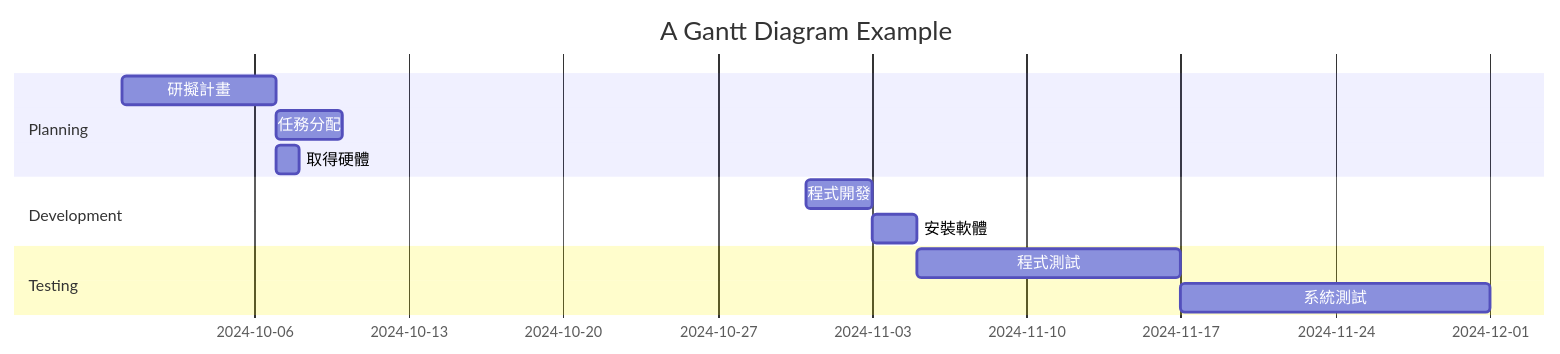
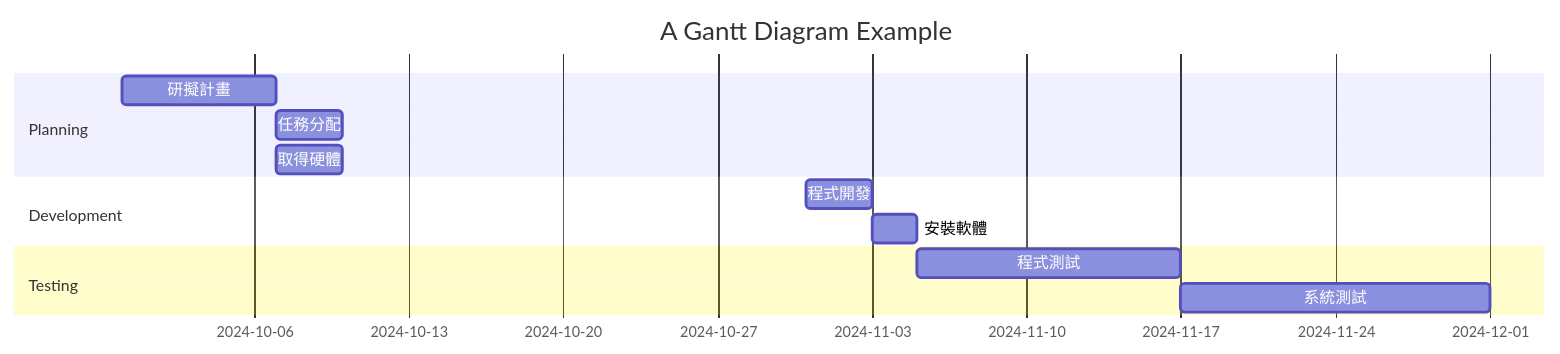
One commit to koreanfish1450/homework changed the diagram in hw2.md. Above: the diagram before and after it, drawn with Mermaid.

````diff
--- a/hw2.md
+++ b/hw2.md
@@ -1,17 +1,17 @@
 ```mermaid
 gantt
     title A Gantt Diagram Example
 
     section Planning
     研擬計畫           :a1, 2024-09-30, 7d
     任務分配     :after a1  , 3d
-    取得硬體     :a2, after a1, 1d
+    取得硬體     :a2, after a1, 3d
 
     section Development
     程式開發      :a3, 2024-10-31, 3d
     安裝軟體      :a4, after a3, 2d
 
     section Testing
     程式測試     :a5, after a4, 12d
     系統測試     :a6, after a5, 14d
 ```
````
